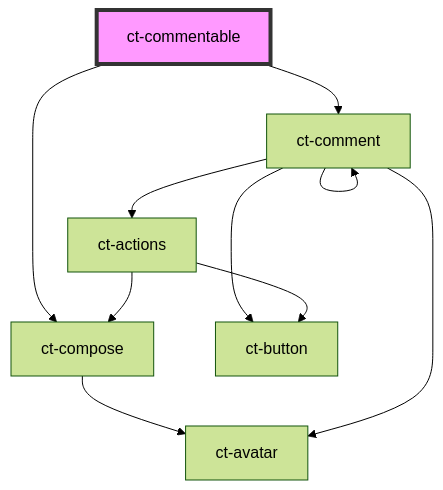
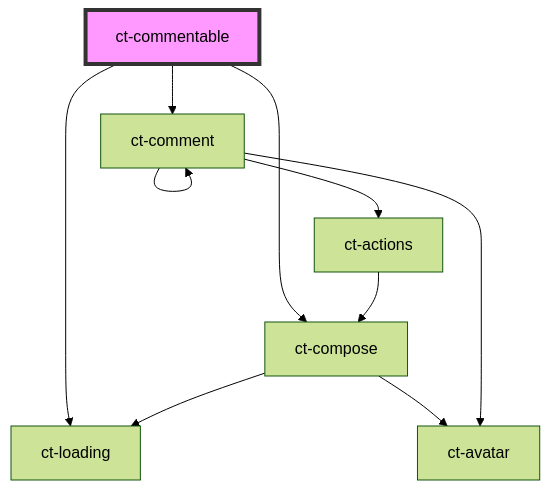
Before and after one commit to netguru/commentable-js: the diagram in src/components/commentable/readme.md, drawn with Mermaid (forest theme). The commit also changed other lines of this file and 25 other files, not shown here.

````diff
--- a/src/components/commentable/readme.md
+++ b/src/components/commentable/readme.md
@@ -27,13 +27,13 @@
 ```mermaid
 graph TD;
+  ct-commentable --> ct-loading
   ct-commentable --> ct-compose
   ct-commentable --> ct-comment
   ct-compose --> ct-avatar
+  ct-compose --> ct-loading
   ct-comment --> ct-avatar
   ct-comment --> ct-actions
-  ct-comment --> ct-button
   ct-comment --> ct-comment
-  ct-actions --> ct-button
   ct-actions --> ct-compose
   style ct-commentable fill:#f9f,stroke:#333,stroke-width:4px
 ```
````
